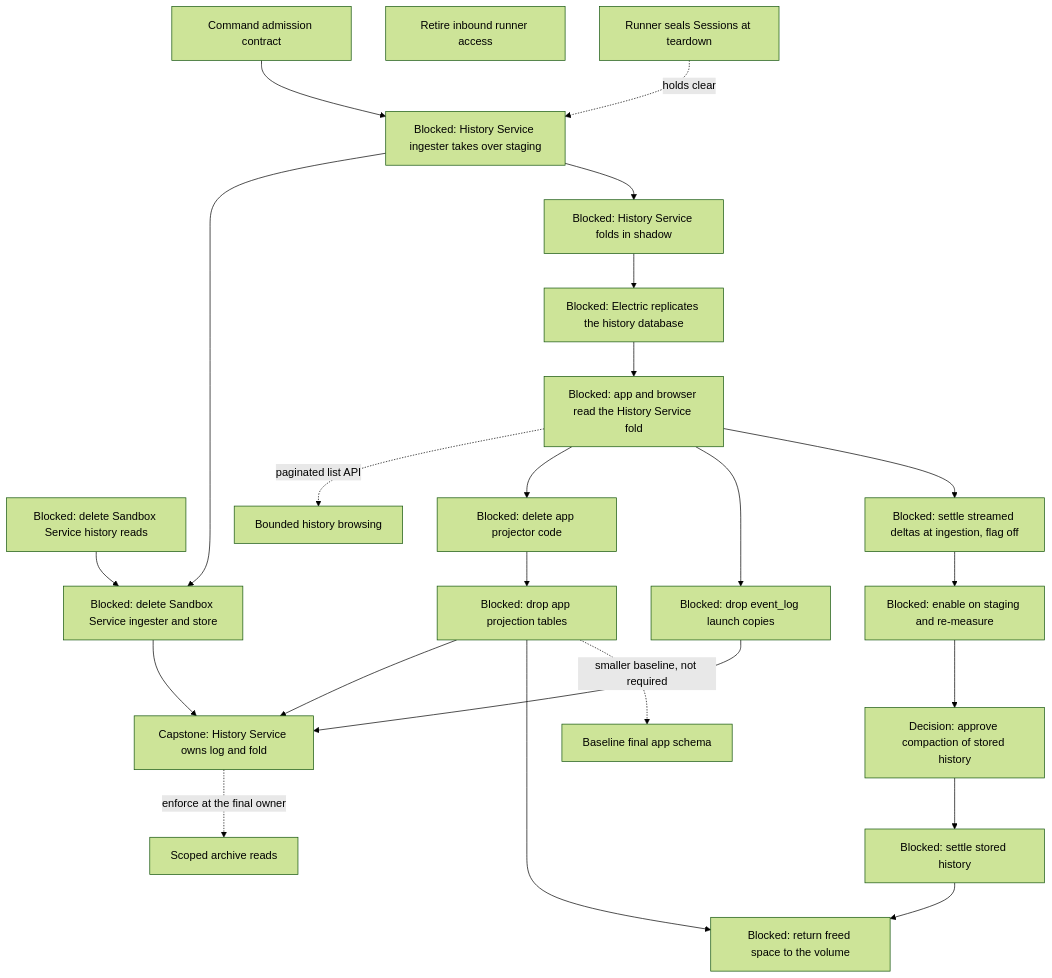
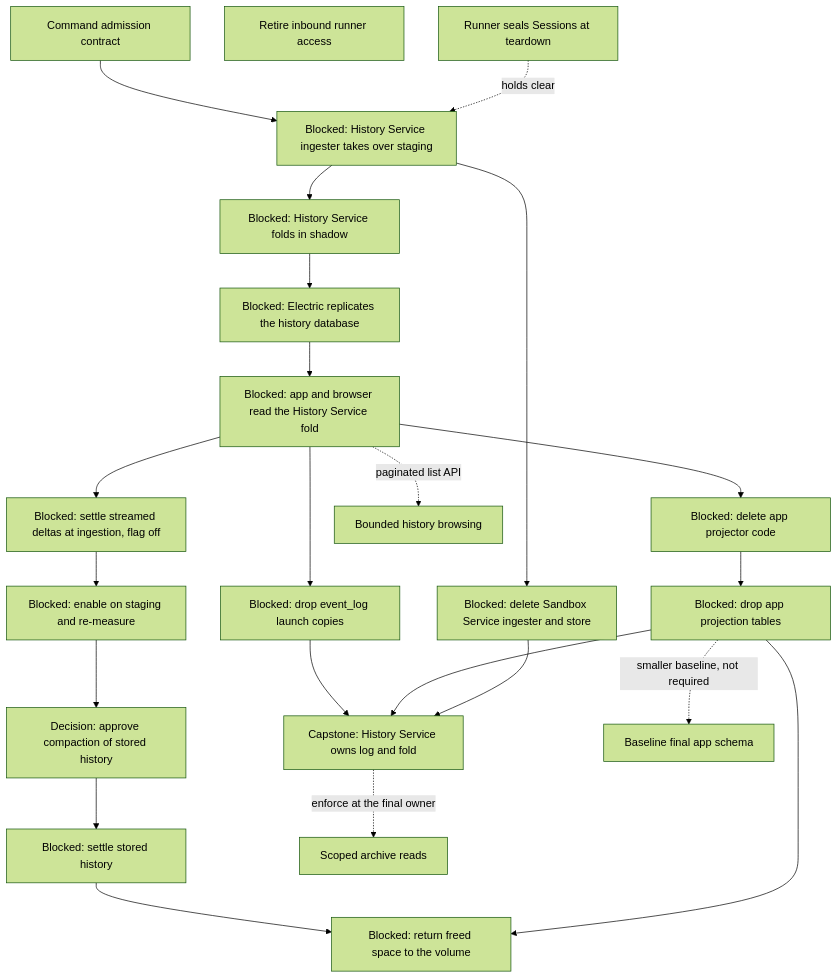
One commit to agentydragon-agent/ducktape changed the eighth of 10 diagrams in agentplane/plans/task_dag.md. Above: the diagram before and after it, drawn with Mermaid (forest theme). The commit also changed other lines of this file and 11 other files, not shown here.

First line of the commit message:
agentplane/sandbox_service: delete the history read RPCs (#9780)

````diff
--- a/agentplane/plans/task_dag.md
+++ b/agentplane/plans/task_dag.md
@@ -694,45 +694,43 @@
 ```mermaid
 flowchart TD
     SESSION_COMMAND_CONTRACT[Command admission contract]
-    SANDBOX_HISTORY_READS_RETIRE[Blocked: delete Sandbox Service history reads]
     HISTORY_WRITE_HANDOFF[Blocked: History Service ingester takes over staging]
     SANDBOX_LOCAL_HISTORY_RETIRE[Blocked: delete Sandbox Service ingester and store]
     FOLD_SHADOW[Blocked: History Service folds in shadow]
     ELECTRIC_HISTORY_SOURCE[Blocked: Electric replicates the history database]
     FOLD_READ_CUTOVER[Blocked: app and browser read the History Service fold]
     APP_PROJECTOR_RETIRE[Blocked: delete app projector code]
     APP_PROJECTION_RETIRE[Blocked: drop app projection tables]
     APP_EVENT_LOG_COPIES_RETIRE[Blocked: drop event_log launch copies]
     HISTORY_SERVICE_OWNERSHIP[Capstone: History Service owns log and fold]
     SESSION_EVENT_RETENTION[Blocked: settle streamed deltas at ingestion, flag off]
     SESSION_EVENT_RETENTION_ENABLE[Blocked: enable on staging and re-measure]
     SESSION_EVENT_COMPACTION_PLAN[Decision: approve compaction of stored history]
     SESSION_EVENT_COMPACTION[Blocked: settle stored history]
     HISTORY_REPACK[Blocked: return freed space to the volume]
     APP_ALEMBIC_SQUASH[Baseline final app schema]
     THREAD_BROWSE_PAGINATE[Bounded history browsing]
     THREAD_READ_POLICY[Scoped archive reads]
     RUNNER_INBOUND_RETIRE[Retire inbound runner access]
     SESSION_COMMAND_CONTRACT --> HISTORY_WRITE_HANDOFF
     RUNNER_TEARDOWN_SEAL[Runner seals Sessions at teardown] -. holds clear .-> HISTORY_WRITE_HANDOFF
     HISTORY_WRITE_HANDOFF --> SANDBOX_LOCAL_HISTORY_RETIRE
-    SANDBOX_HISTORY_READS_RETIRE --> SANDBOX_LOCAL_HISTORY_RETIRE
     HISTORY_WRITE_HANDOFF --> FOLD_SHADOW
     FOLD_SHADOW --> ELECTRIC_HISTORY_SOURCE
     FOLD_READ_CUTOVER -. paginated list API .-> THREAD_BROWSE_PAGINATE
     ELECTRIC_HISTORY_SOURCE --> FOLD_READ_CUTOVER
     FOLD_READ_CUTOVER --> APP_PROJECTOR_RETIRE
     APP_PROJECTOR_RETIRE --> APP_PROJECTION_RETIRE
     FOLD_READ_CUTOVER --> APP_EVENT_LOG_COPIES_RETIRE
     APP_EVENT_LOG_COPIES_RETIRE --> HISTORY_SERVICE_OWNERSHIP
     APP_PROJECTION_RETIRE --> HISTORY_SERVICE_OWNERSHIP
     SANDBOX_LOCAL_HISTORY_RETIRE --> HISTORY_SERVICE_OWNERSHIP
     FOLD_READ_CUTOVER --> SESSION_EVENT_RETENTION
     SESSION_EVENT_RETENTION --> SESSION_EVENT_RETENTION_ENABLE
     SESSION_EVENT_RETENTION_ENABLE --> SESSION_EVENT_COMPACTION_PLAN
     SESSION_EVENT_COMPACTION_PLAN --> SESSION_EVENT_COMPACTION
     SESSION_EVENT_COMPACTION --> HISTORY_REPACK
     APP_PROJECTION_RETIRE --> HISTORY_REPACK
     APP_PROJECTION_RETIRE -. smaller baseline, not required .-> APP_ALEMBIC_SQUASH
     HISTORY_SERVICE_OWNERSHIP -. enforce at the final owner .-> THREAD_READ_POLICY
 ```
````
